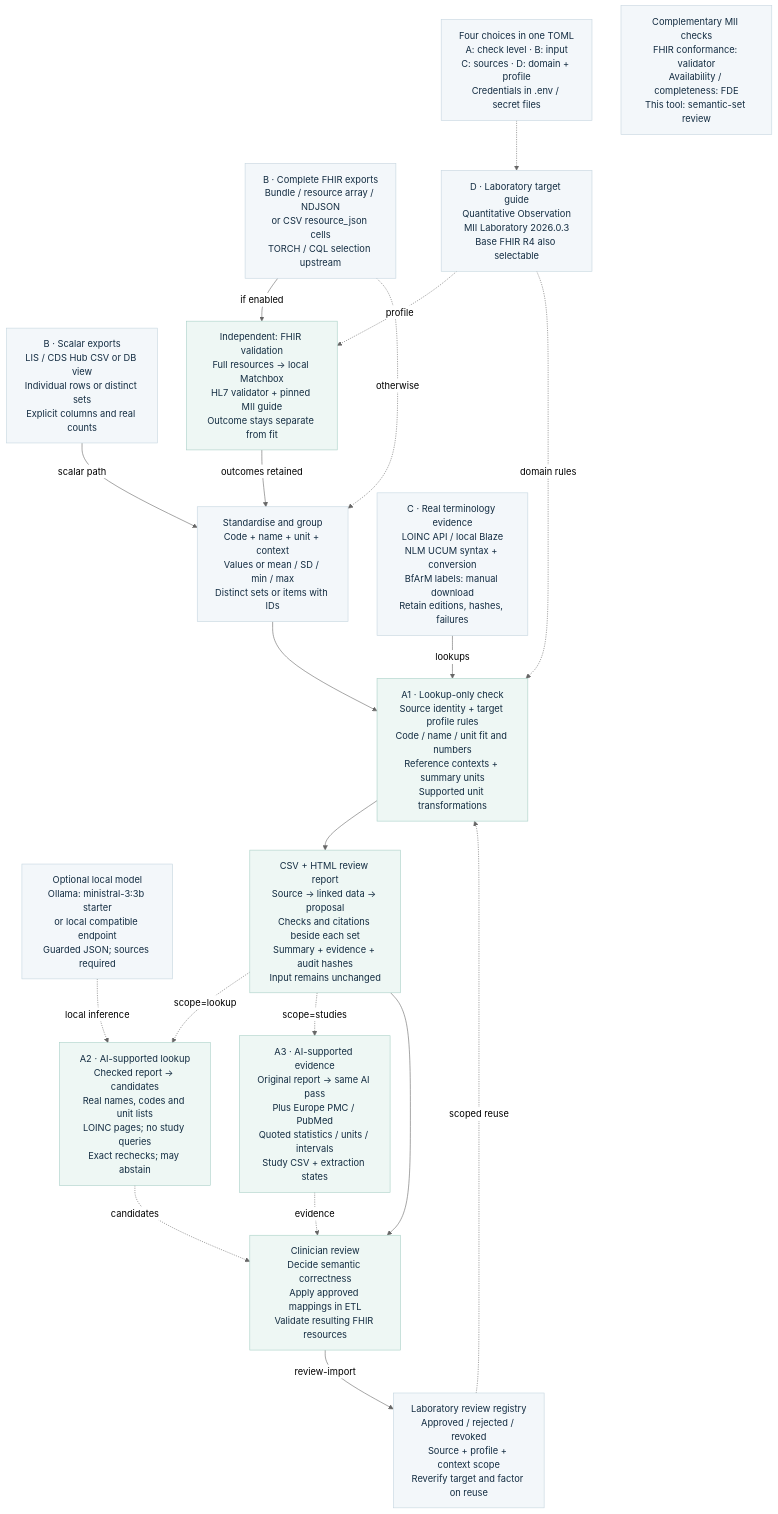
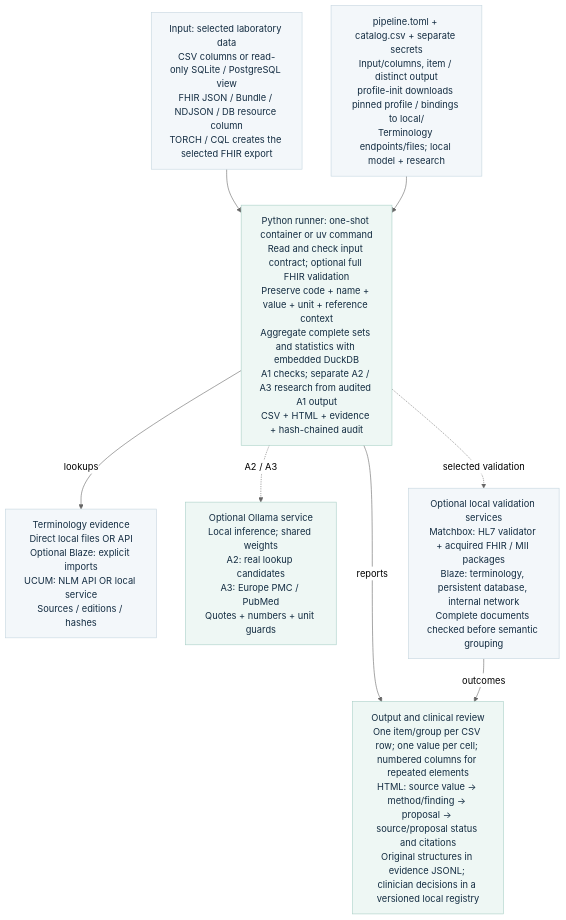
One commit to neumdan/semantic-plausibility changed the diagram in docs/architecture.mmd. Above: the diagram before and after it, drawn with Mermaid (neutral theme). The commit also changed 152 other files, not shown here.

Commit message:
Simplify lab configuration, terminology catalogue and container setup

```diff
--- a/docs/architecture.mmd
+++ b/docs/architecture.mmd
@@ -1,40 +1,21 @@
 %% Same node/edge contract as architecture.svg.
 flowchart TD
-    SCALAR["B · Scalar exports<br/>LIS / CDS Hub CSV or DB view<br/>Individual rows or distinct sets<br/>Explicit columns and real counts"]
-    FHIR["B · Complete FHIR exports<br/>Bundle / resource array / NDJSON<br/>or CSV resource_json cells<br/>TORCH / CQL selection upstream"]
-    CONFIG["Four choices in one TOML<br/>A: check level · B: input<br/>C: sources · D: domain + profile<br/>Credentials in .env / secret files"]
-    VALIDATE["Independent: FHIR validation<br/>Full resources → local Matchbox<br/>HL7 validator + pinned MII guide<br/>Outcome stays separate from fit"]
-    DOMAIN["D · Laboratory target guide<br/>Quantitative Observation<br/>MII Laboratory 2026.0.3<br/>Base FHIR R4 also selectable"]
-    NORMAL["Standardise and group<br/>Code + name + unit + context<br/>Values or mean / SD / min / max<br/>Distinct sets or items with IDs"]
-    SOURCES["C · Real terminology evidence<br/>LOINC API / local Blaze<br/>NLM UCUM syntax + conversion<br/>BfArM labels: manual download<br/>Retain editions, hashes, failures"]
-    CHECK["A1 · Lookup-only check<br/>Source identity + target profile rules<br/>Code / name / unit fit and numbers<br/>Reference contexts + summary units<br/>Supported unit transformations"]
-    MODEL["Optional local model<br/>Ollama: ministral-3:3b starter<br/>or local compatible endpoint<br/>Guarded JSON; sources required"]
-    AI["A2 · AI-supported lookup<br/>Checked report → candidates<br/>Real names, codes and unit lists<br/>LOINC pages; no study queries<br/>Exact rechecks; may abstain"]
-    OUTPUT["CSV + HTML review report<br/>Source → linked data → proposal<br/>Checks and citations beside each set<br/>Summary + evidence + audit hashes<br/>Input remains unchanged"]
-    STUDIES["A3 · AI-supported evidence<br/>Original report → same AI pass<br/>Plus Europe PMC / PubMed<br/>Quoted statistics / units / intervals<br/>Study CSV + extraction states"]
-    REGISTRY["Laboratory review registry<br/>Approved / rejected / revoked<br/>Source + profile + context scope<br/>Reverify target and factor on reuse"]
-    EXPERT["Clinician review<br/>Decide semantic correctness<br/>Apply approved mappings in ETL<br/>Validate resulting FHIR resources"]
-    MII["Complementary MII checks<br/>FHIR conformance: validator<br/>Availability / completeness: FDE<br/>This tool: semantic-set review"]
-    SCALAR --> |"scalar path"| NORMAL
-    FHIR --> |"if enabled"| VALIDATE
-    FHIR -.-> |"otherwise"| NORMAL
-    CONFIG -.-> DOMAIN
-    DOMAIN -.-> |"profile"| VALIDATE
-    DOMAIN -.-> |"domain rules"| CHECK
-    VALIDATE --> |"outcomes retained"| NORMAL
-    NORMAL --> CHECK
-    SOURCES --> |"lookups"| CHECK
-    CHECK --> OUTPUT
-    MODEL -.-> |"local inference"| AI
-    OUTPUT -.-> |"scope=lookup"| AI
-    OUTPUT -.-> |"scope=studies"| STUDIES
-    OUTPUT --> EXPERT
-    AI -.-> |"candidates"| EXPERT
-    STUDIES -.-> |"evidence"| EXPERT
-    EXPERT --> |"review-import"| REGISTRY
-    REGISTRY -.-> |"scoped reuse"| CHECK
+    INPUT["Input: selected laboratory data<br/>CSV columns or read-only SQLite / PostgreSQL view<br/>FHIR JSON / Bundle / NDJSON / DB resource column<br/>TORCH / CQL creates the selected FHIR export"]
+    CONFIG["pipeline.toml + catalog.csv + separate secrets<br/>Input/columns, item / distinct output<br/>profile-init downloads pinned profile / bindings to local/<br/>Terminology endpoints/files; local model + research"]
+    RUN["Python runner: one-shot container or uv command<br/>Read and check input contract; optional full FHIR validation<br/>Preserve code + name + value + unit + reference context<br/>Aggregate complete sets and statistics with embedded DuckDB<br/>A1 checks; separate A2 / A3 research from audited A1 output<br/>CSV + HTML + evidence + hash-chained audit"]
+    TX["Terminology evidence<br/>Direct local files OR API<br/>Optional Blaze: explicit imports<br/>UCUM: NLM API OR local service<br/>Sources / editions / hashes"]
+    AI["Optional Ollama service<br/>Local inference; shared weights<br/>A2: real lookup candidates<br/>A3: Europe PMC / PubMed<br/>Quotes + numbers + unit guards"]
+    VALIDATE["Optional local validation services<br/>Matchbox: HL7 validator + acquired FHIR / MII packages<br/>Blaze: terminology, persistent database, internal network<br/>Complete documents checked before semantic grouping"]
+    OUT["Output and clinical review<br/>One item/group per CSV row; one value per cell; numbered columns for repeated elements<br/>HTML: source value → method/finding → proposal → source/proposal status and citations<br/>Original structures in evidence JSONL; clinician decisions in a versioned local registry"]
+    INPUT --> RUN
+    CONFIG --> RUN
+    RUN --> |"lookups"| TX
+    RUN -.-> |"A2 / A3"| AI
+    RUN -.-> |"selected validation"| VALIDATE
+    RUN --> |"reports"| OUT
+    VALIDATE --> |"outcomes"| OUT
     classDef normal fill:#f3f7fa,stroke:#c4d5df,color:#142d42
-    class SCALAR,FHIR,CONFIG,DOMAIN,NORMAL,SOURCES,MODEL,REGISTRY,MII normal
+    class INPUT,CONFIG,TX,VALIDATE normal
     classDef teal fill:#eef7f4,stroke:#a8cfc6,color:#142d42
-    class VALIDATE,CHECK,AI,OUTPUT,STUDIES,EXPERT teal
+    class RUN,AI,OUT teal
     classDef error fill:#fcf1f3,stroke:#ecc7cf,color:#142d42
```
